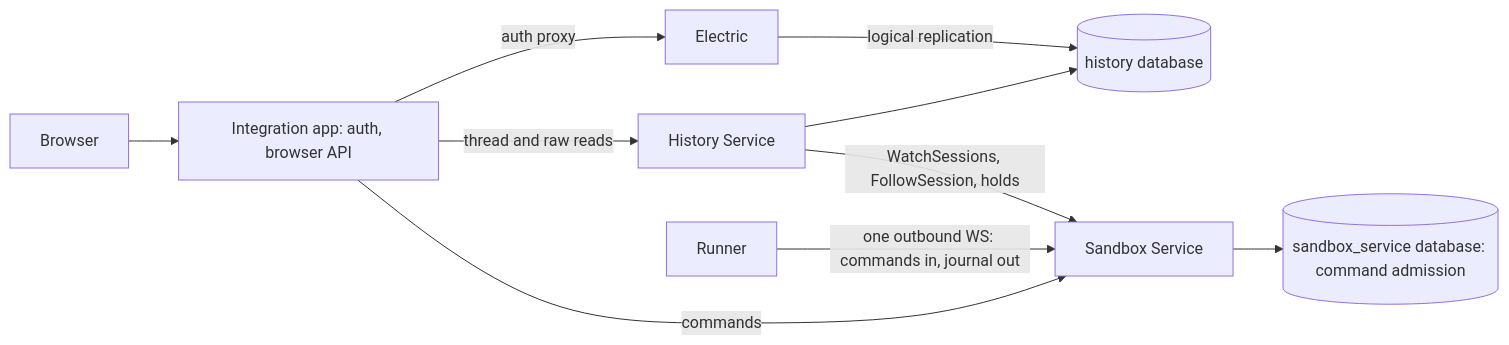
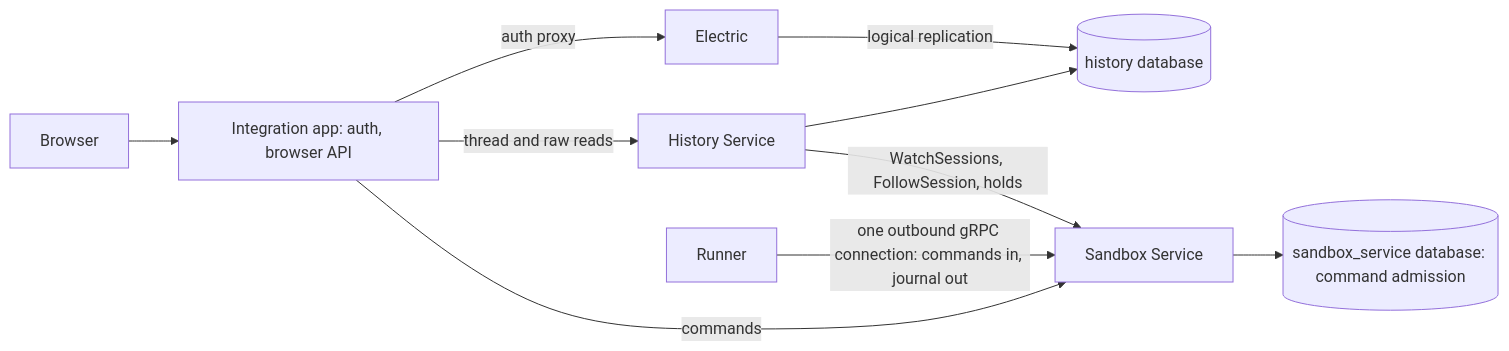
Before and after one commit to agentydragon-agent/ducktape: the diagram in agentplane/plans/history_service.md, drawn with Mermaid. The commit also changed 6 other files, not shown here.

````diff
--- a/agentplane/plans/history_service.md
+++ b/agentplane/plans/history_service.md
@@ -15,12 +15,12 @@
 ```mermaid
 flowchart LR
     Browser --> App[Integration app: auth, browser API]
     App -- commands --> SS[Sandbox Service]
     App -- thread and raw reads --> HS[History Service]
     Electric -- logical replication --> HSDB[(history database)]
     App -- auth proxy --> Electric
-    Runner -- one outbound WS: commands in, journal out --> SS
+    Runner -- one outbound gRPC connection: commands in, journal out --> SS
     HS -- WatchSessions, FollowSession, holds --> SS
     HS --> HSDB
     SS --> SSDB[(sandbox_service database: command admission)]
 ```
````
